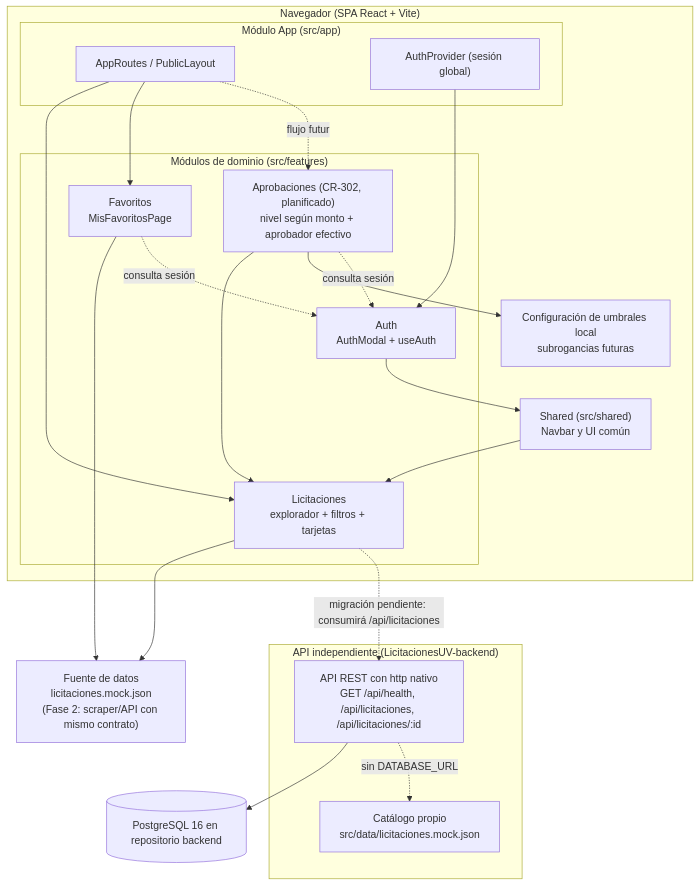
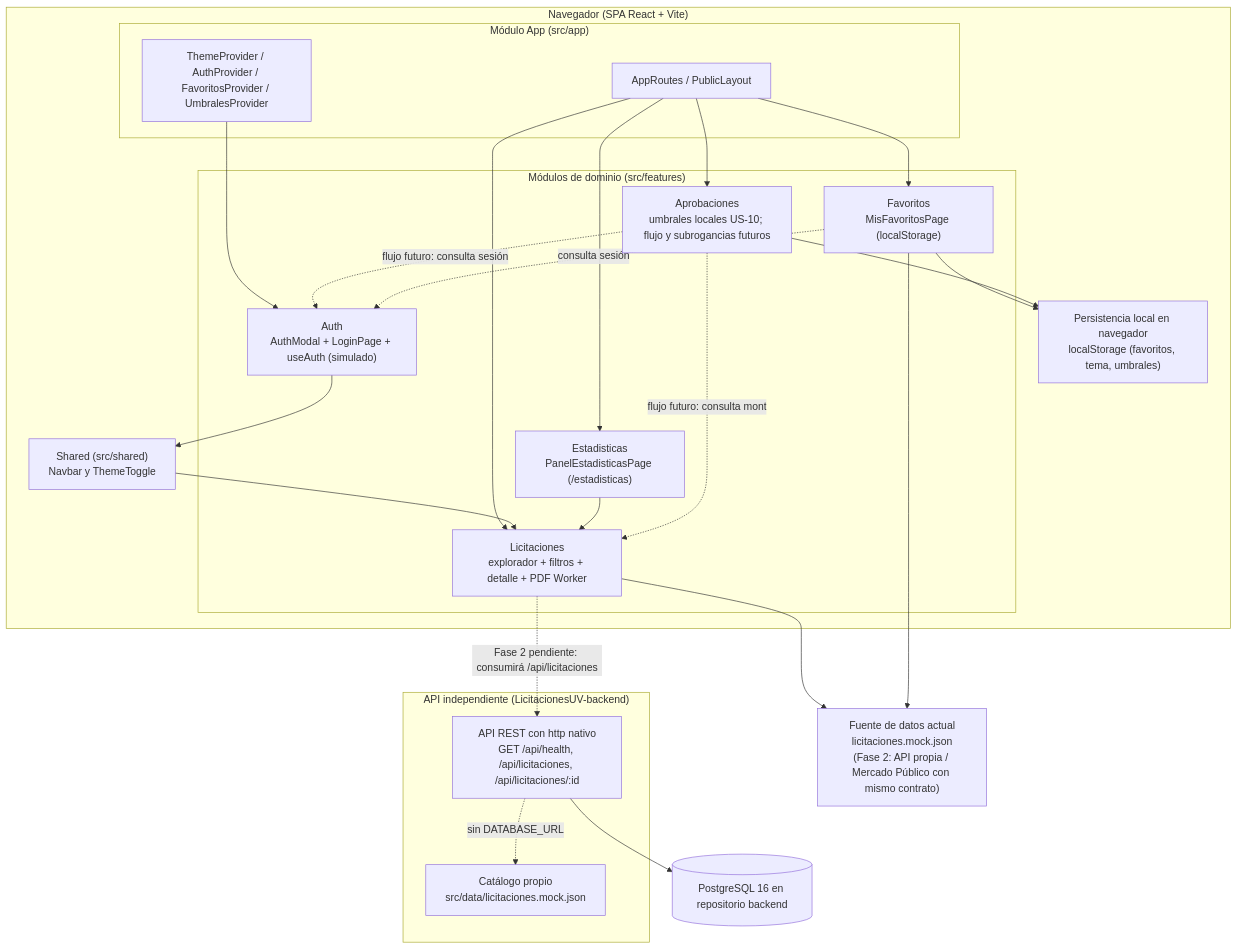
The diagram in docs/Arquitectura.md (Wilson-Jara/LicitacionesUV), drawn with Mermaid before and after one commit. The commit also changed other lines of this file and 7 other files, not shown here.

````diff
--- a/docs/Arquitectura.md
+++ b/docs/Arquitectura.md
@@ -26,40 +26,44 @@
 ```mermaid
 flowchart TB
     subgraph Cliente["Navegador (SPA React + Vite)"]
         subgraph App["Módulo App (src/app)"]
             Rutas["AppRoutes / PublicLayout"]
-            Providers["AuthProvider (sesión global)"]
+            Providers["ThemeProvider / AuthProvider / FavoritosProvider / UmbralesProvider"]
         end
         subgraph Feats["Módulos de dominio (src/features)"]
-            L["Licitaciones<br/>explorador + filtros + tarjetas"]
-            A["Auth<br/>AuthModal + useAuth"]
-            F["Favoritos<br/>MisFavoritosPage"]
-            AP["Aprobaciones (CR-302, planificado)<br/>nivel según monto + aprobador efectivo"]
+            L["Licitaciones<br/>explorador + filtros + detalle + PDF Worker"]
+            A["Auth<br/>AuthModal + LoginPage + useAuth (simulado)"]
+            F["Favoritos<br/>MisFavoritosPage (localStorage)"]
+            E["Estadisticas<br/>PanelEstadisticasPage (/estadisticas)"]
+            AP["Aprobaciones<br/>umbrales locales US-10; flujo y subrogancias futuros"]
         end
-        Shared["Shared (src/shared)<br/>Navbar y UI común"]
-        Conf["Configuración de umbrales local<br/>subrogancias futuras"]
+        Shared["Shared (src/shared)<br/>Navbar y ThemeToggle"]
+        Conf["Persistencia local en navegador<br/>localStorage (favoritos, tema, umbrales)"]
     end
-    Datos["Fuente de datos<br/>licitaciones.mock.json<br/>(Fase 2: scraper/API con mismo contrato)"]
+    Datos["Fuente de datos actual<br/>licitaciones.mock.json<br/>(Fase 2: API propia / Mercado Público con mismo contrato)"]
 
     subgraph Backend["API independiente (LicitacionesUV-backend)"]
         API["API REST con http nativo<br/>GET /api/health, /api/licitaciones, /api/licitaciones/:id"]
         Seed["Catálogo propio<br/>src/data/licitaciones.mock.json"]
     end
     PG[(PostgreSQL 16 en repositorio backend)]
     API --> PG
     API -.sin DATABASE_URL.-> Seed
 
     Rutas --> L
     Rutas --> F
-    Rutas -.flujo futuro.-> AP
+    Rutas --> E
+    Rutas --> AP
     Providers --> A
     A --> Shared
     Shared --> L
     L --> Datos
     F --> Datos
-    AP --> L
+    E --> L
+    F --> Conf
     AP --> Conf
-    AP -.consulta sesión.-> A
+    AP -.flujo futuro: consulta monto.-> L
+    AP -.flujo futuro: consulta sesión.-> A
     F -.consulta sesión.-> A
-    L -.migración pendiente: consumirá /api/licitaciones.-> API
+    L -.Fase 2 pendiente: consumirá /api/licitaciones.-> API
 ```
````
